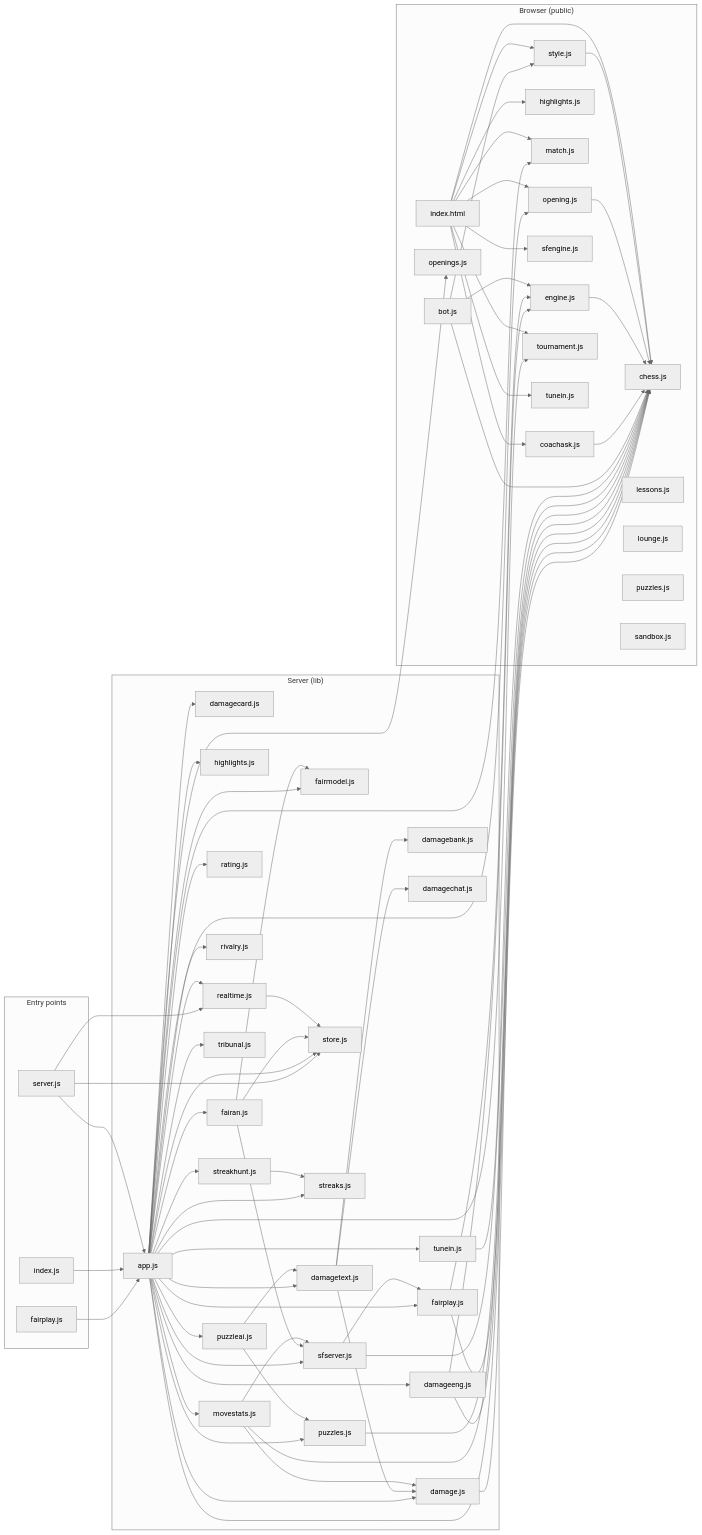
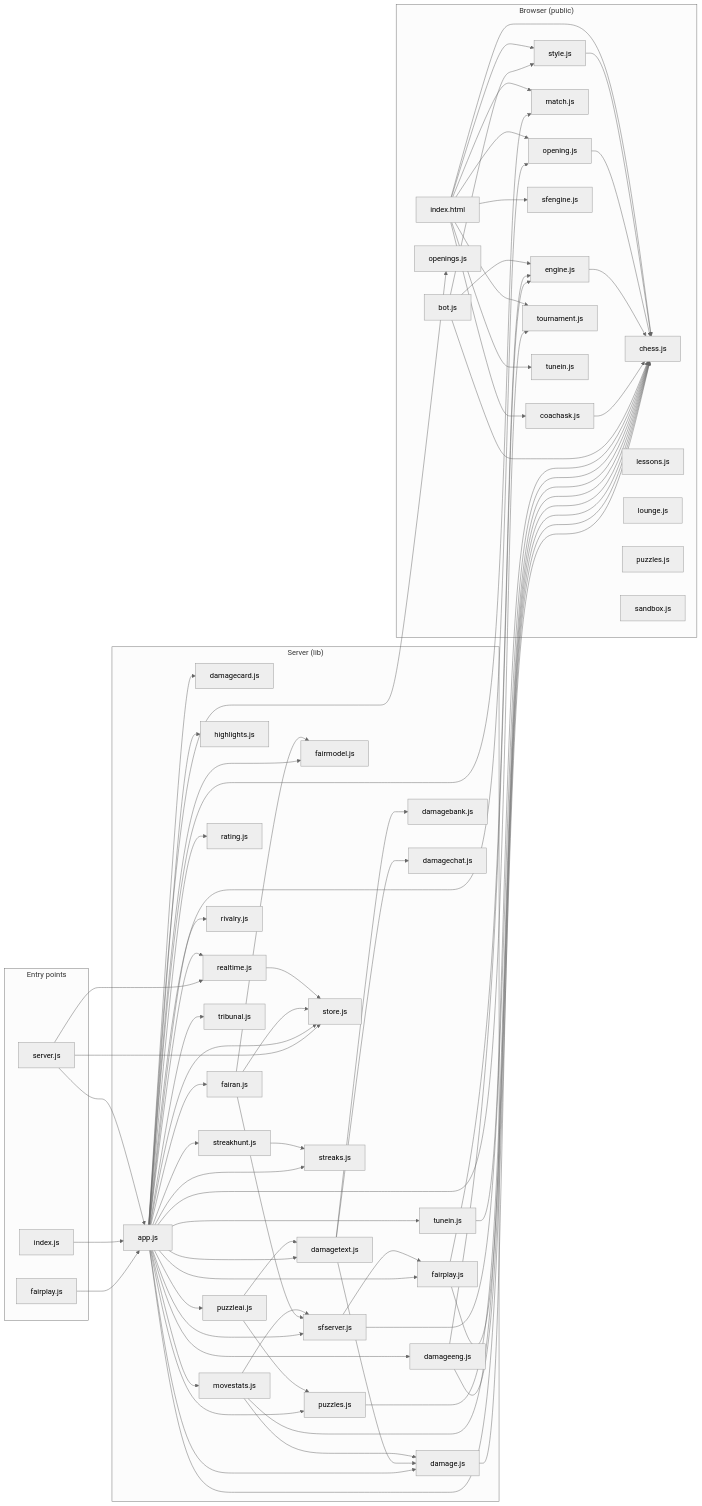
The diagram in docs/code-map.md (Vihaancoding/chess-with-friends), drawn with Mermaid (neutral theme) before and after one commit. The commit also changed other lines of this file and 3 other files, not shown here.

````diff
--- a/docs/code-map.md
+++ b/docs/code-map.md
@@ -39,7 +39,6 @@
     public_chess_js["chess.js"]
     public_coachask_js["coachask.js"]
     public_engine_js["engine.js"]
-    public_highlights_js["highlights.js"]
     public_lessons_js["lessons.js"]
     public_lounge_js["lounge.js"]
     public_match_js["match.js"]
@@ -120,5 +119,4 @@
   public_index_html --> public_tournament_js
   public_index_html --> public_sfengine_js
   public_index_html --> public_tunein_js
-  public_index_html --> public_highlights_js
 ```
````
